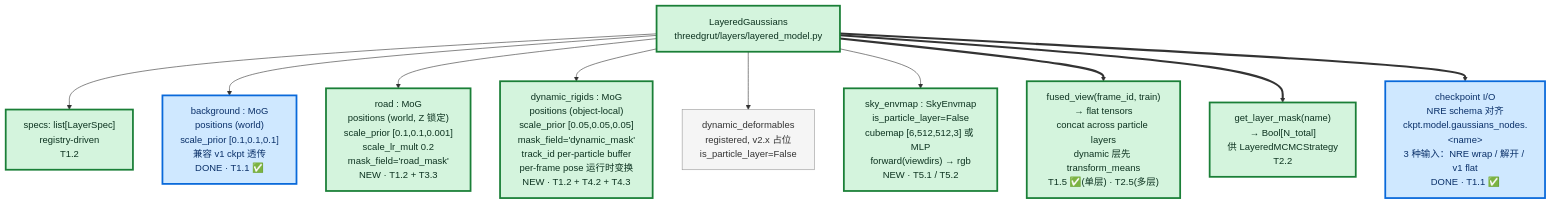
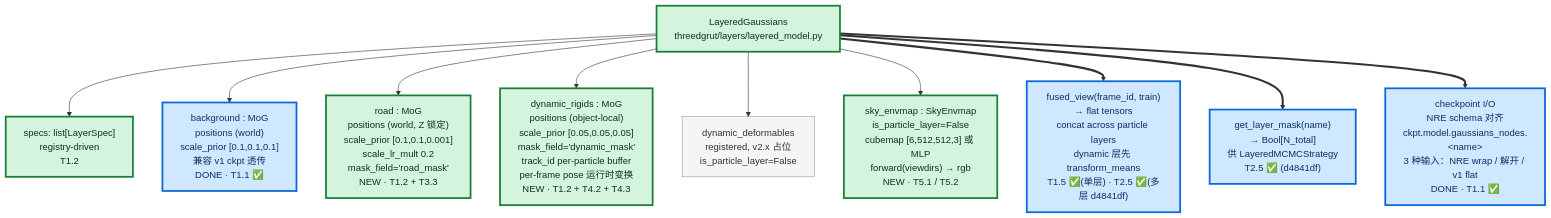
The seventh of 10 diagrams in v2_architecture.md (etendue/3dgrut), drawn with Mermaid before and after one commit. The commit also changed other lines of this file and 1 other file, not shown here.

First line of the commit message:
docs(plan,arch): mark T2.5 done; Stage 2 complete (5/5)

````diff
--- a/v2_architecture.md
+++ b/v2_architecture.md
@@ -308,33 +308,33 @@
 ```mermaid
 flowchart TB
     LG["LayeredGaussians<br/>threedgrut/layers/layered_model.py"]:::new
 
     Specs["specs: list[LayerSpec]<br/>registry-driven<br/>T1.2"]:::new
 
     %% layers
     BG["background : MoG<br/>positions (world)<br/>scale_prior [0.1,0.1,0.1]<br/>兼容 v1 ckpt 透传<br/>DONE · T1.1 ✅"]:::done
     Road["road : MoG<br/>positions (world, Z 锁定)<br/>scale_prior [0.1,0.1,0.001]<br/>scale_lr_mult 0.2<br/>mask_field='road_mask'<br/>NEW · T1.2 + T3.3"]:::new
     DynR["dynamic_rigids : MoG<br/>positions (object-local)<br/>scale_prior [0.05,0.05,0.05]<br/>mask_field='dynamic_mask'<br/>track_id per-particle buffer<br/>per-frame pose 运行时变换<br/>NEW · T1.2 + T4.2 + T4.3"]:::new
     DynD["dynamic_deformables<br/>registered, v2.x 占位<br/>is_particle_layer=False"]:::existing
     SkyL["sky_envmap : SkyEnvmap<br/>is_particle_layer=False<br/>cubemap [6,512,512,3] 或 MLP<br/>forward(viewdirs) → rgb<br/>NEW · T5.1 / T5.2"]:::new
 
-    Fused["fused_view(frame_id, train)<br/>→ flat tensors<br/>concat across particle layers<br/>dynamic 层先 transform_means<br/>T1.5 ✅(单层) · T2.5(多层)"]:::new
+    Fused["fused_view(frame_id, train)<br/>→ flat tensors<br/>concat across particle layers<br/>dynamic 层先 transform_means<br/>T1.5 ✅(单层) · T2.5 ✅(多层 d4841df)"]:::done
 
-    LayerMask["get_layer_mask(name)<br/>→ Bool[N_total]<br/>供 LayeredMCMCStrategy<br/>T2.2"]:::new
+    LayerMask["get_layer_mask(name)<br/>→ Bool[N_total]<br/>供 LayeredMCMCStrategy<br/>T2.5 ✅ (d4841df)"]:::done
 
     Ckpt["checkpoint I/O<br/>NRE schema 对齐<br/>ckpt.model.gaussians_nodes.&lt;name&gt;<br/>3 种输入：NRE wrap / 解开 / v1 flat<br/>DONE · T1.1 ✅"]:::done
 
     LG --> Specs
     LG --> BG
     LG --> Road
     LG --> DynR
     LG --> DynD
     LG --> SkyL
     LG ==> Fused
     LG ==> LayerMask
     LG ==> Ckpt
 
     classDef existing fill:#f5f5f5,stroke:#999,color:#333
     classDef new      fill:#d4f4dd,stroke:#1a7f37,stroke-width:3px,color:#0d3320
     classDef done     fill:#cfe8ff,stroke:#0969da,stroke-width:3px,color:#0a3069
 ```
````
